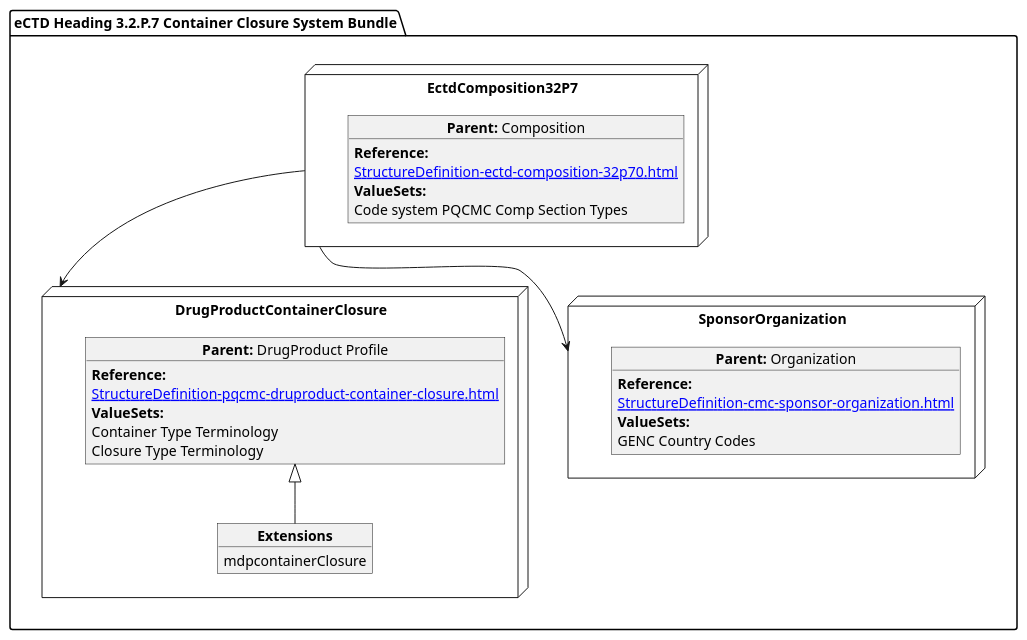
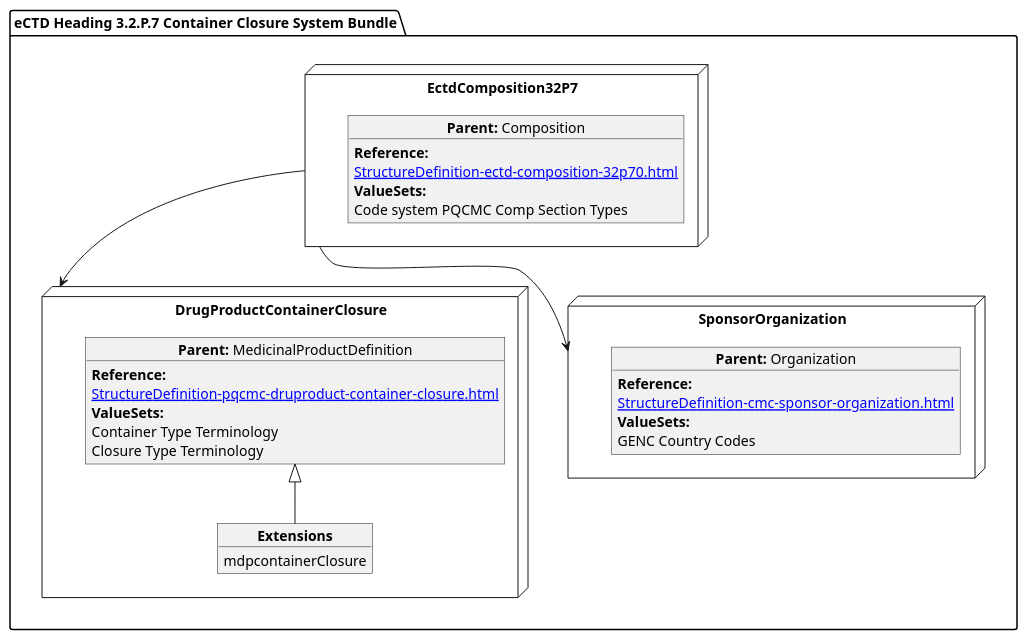
Before and after one commit to HL7/FHIR-us-pq-cmc-fda: the diagram in input/images-source/ContainerClosure.plantuml, drawn with PlantUML. The commit also changed 5 other files, not shown here.

```diff
--- a/input/images-source/ContainerClosure.plantuml
+++ b/input/images-source/ContainerClosure.plantuml
@@ -1,43 +1,41 @@
 @startuml
 allowmixing
 'Mixed model of use case and object
-
 package "eCTD Heading 3.2.P.7 Container Closure System Bundle" as NODES {
    
-
   node "EctdComposition32P7" as N1 { 
       object "**Parent:** Composition" as obj1 {
       **Reference:**
       [[StructureDefinition-ectd-composition-32p70.html]]
       **ValueSets:**
   Code system PQCMC Comp Section Types
     }   
 }
 node "DrugProductContainerClosure" as N21 { 
-      object "**Parent:** DrugProduct Profile" as obj22 {
+      object "**Parent:** MedicinalProductDefinition" as obj22 {
            **Reference:**
       [[StructureDefinition-pqcmc-druproduct-container-closure.html]]
         **ValueSets:**
         Container Type Terminology
         Closure Type Terminology
     }
     object "**Extensions**" as objEx {
         mdpcontainerClosure
     }
     obj22 <|-- objEx
 }
 
 node "SponsorOrganization" as NSO { 
       object "**Parent:** Organization" as objAu {
            **Reference:**
       [[StructureDefinition-cmc-sponsor-organization.html]]
         **ValueSets:**
         GENC Country Codes
     }
 }
 }
 
 N1 --> N21
 N1 --> NSO
 
 @enduml
```
